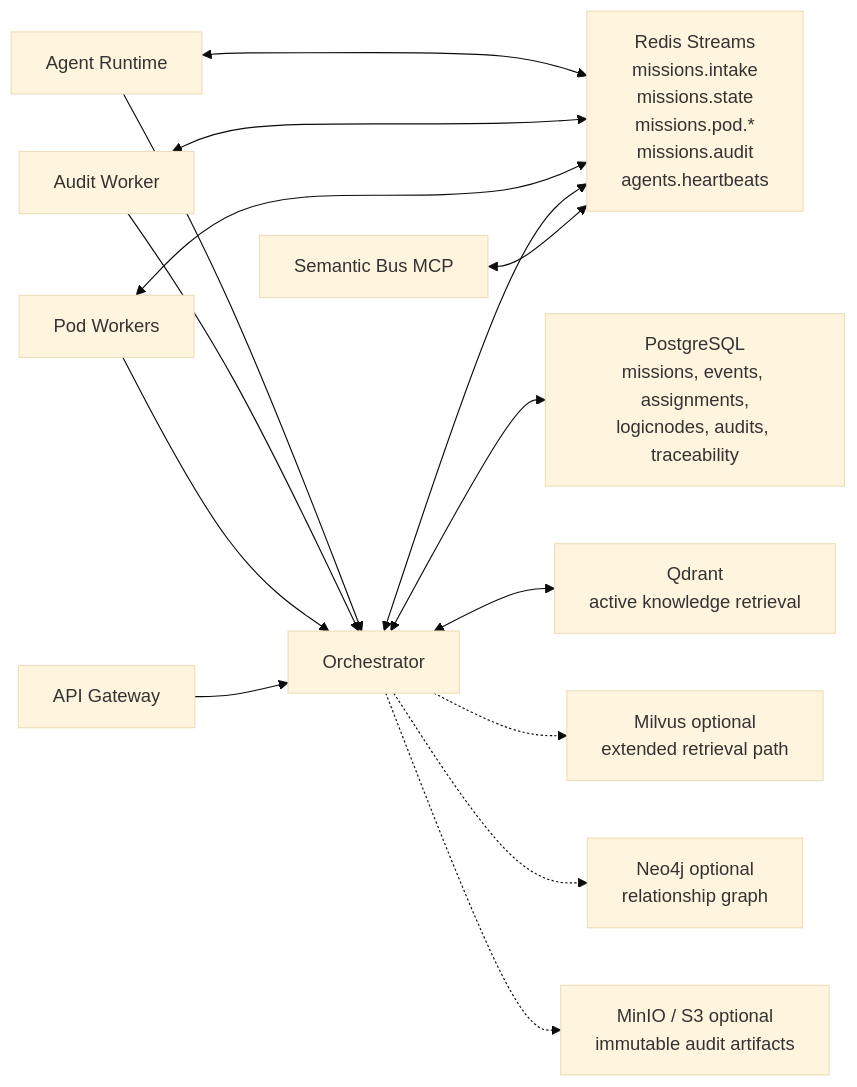
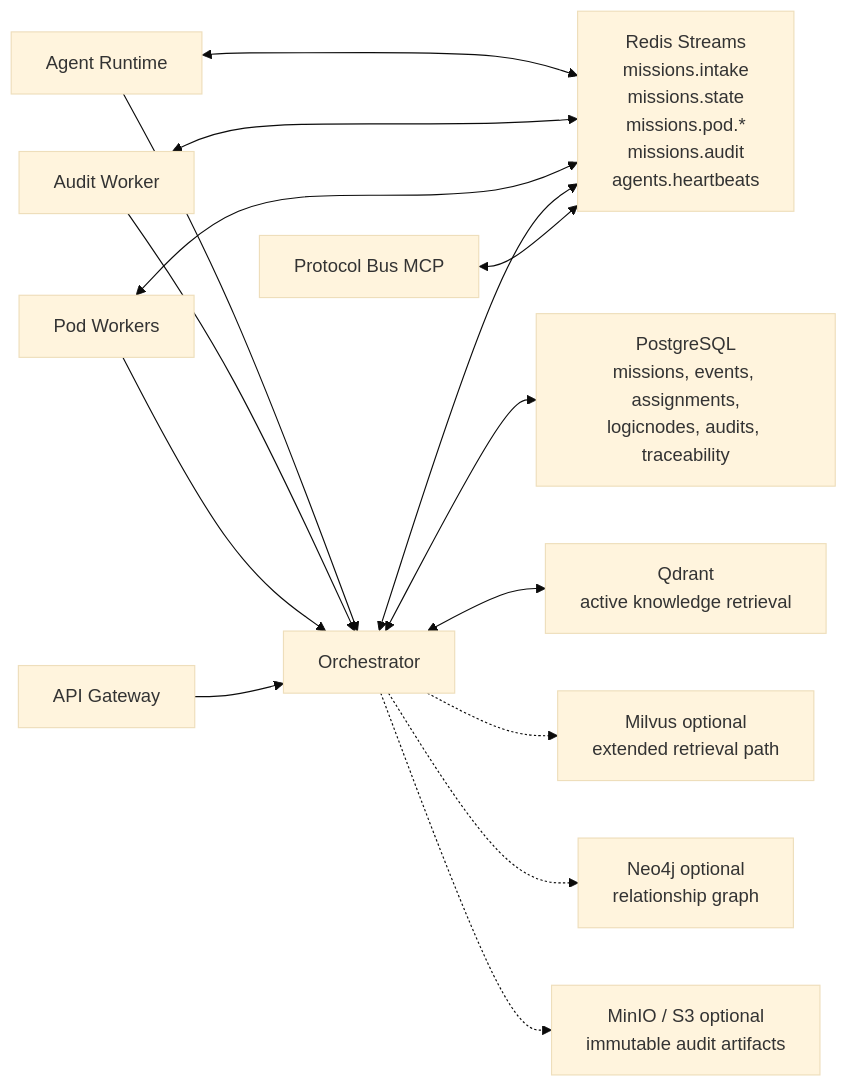
The sixth of 8 diagrams in docs/ARCHITECTURE_DIAGRAMS.md (kherrera6219/theFactory), drawn with Mermaid (base theme) before and after one commit. The commit also changed other lines of this file and 63 other files, not shown here.

````diff
--- a/docs/ARCHITECTURE_DIAGRAMS.md
+++ b/docs/ARCHITECTURE_DIAGRAMS.md
@@ -314,31 +314,31 @@
 ```mermaid
 flowchart LR
     GW["API Gateway"]
     Orch["Orchestrator"]
-    Bus["Semantic Bus MCP"]
+    Bus["Protocol Bus MCP"]
     Pod["Pod Workers"]
     Audit["Audit Worker"]
     AgentRT["Agent Runtime"]
 
     Redis["Redis Streams\nmissions.intake\nmissions.state\nmissions.pod.*\nmissions.audit\nagents.heartbeats"]
     PG["PostgreSQL\nmissions, events, assignments,\nlogicnodes, audits, traceability"]
     Qdrant["Qdrant\nactive knowledge retrieval"]
     Milvus["Milvus optional\nextended retrieval path"]
     Neo4j["Neo4j optional\nrelationship graph"]
     MinIO["MinIO / S3 optional\nimmutable audit artifacts"]
 
     GW --> Orch
     Bus <--> Redis
     Orch <--> Redis
     Orch <--> PG
     Orch <--> Qdrant
     Orch -.-> Milvus
     Orch -.-> Neo4j
     Orch -.-> MinIO
     Pod <--> Redis
     Pod --> Orch
     Audit <--> Redis
     Audit --> Orch
     AgentRT <--> Redis
     AgentRT --> Orch
 ```
````
